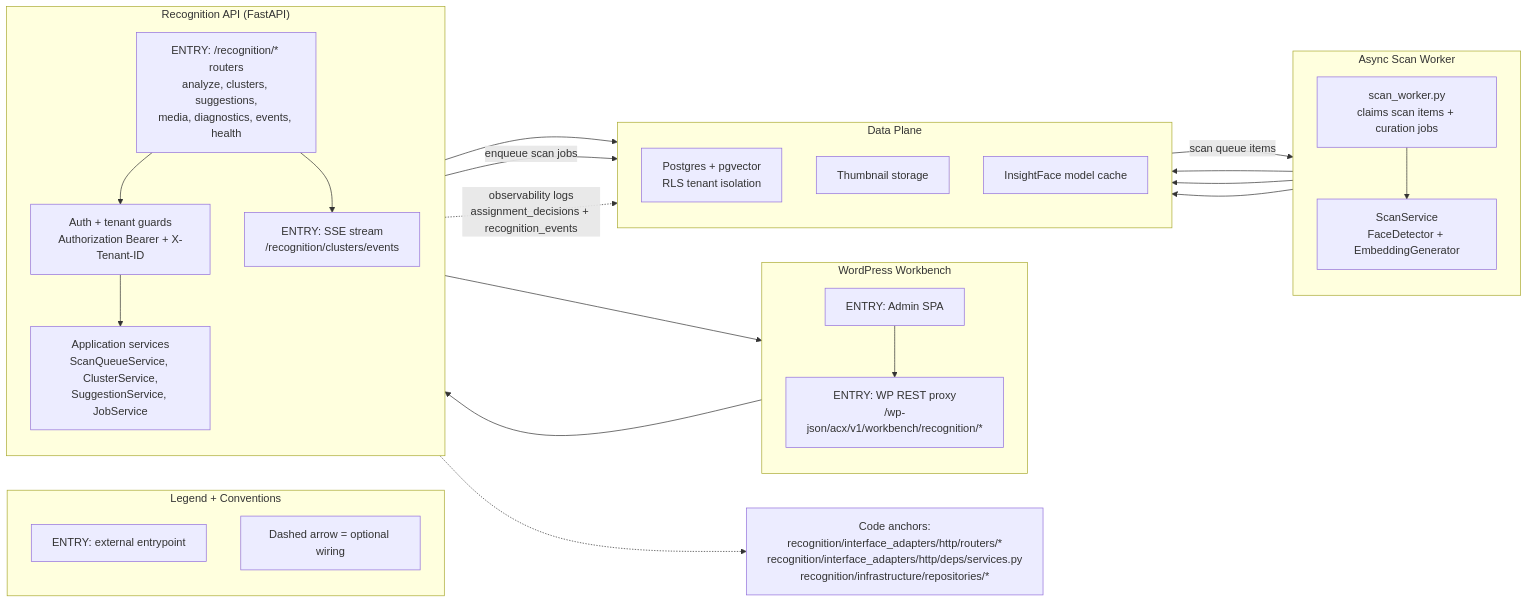
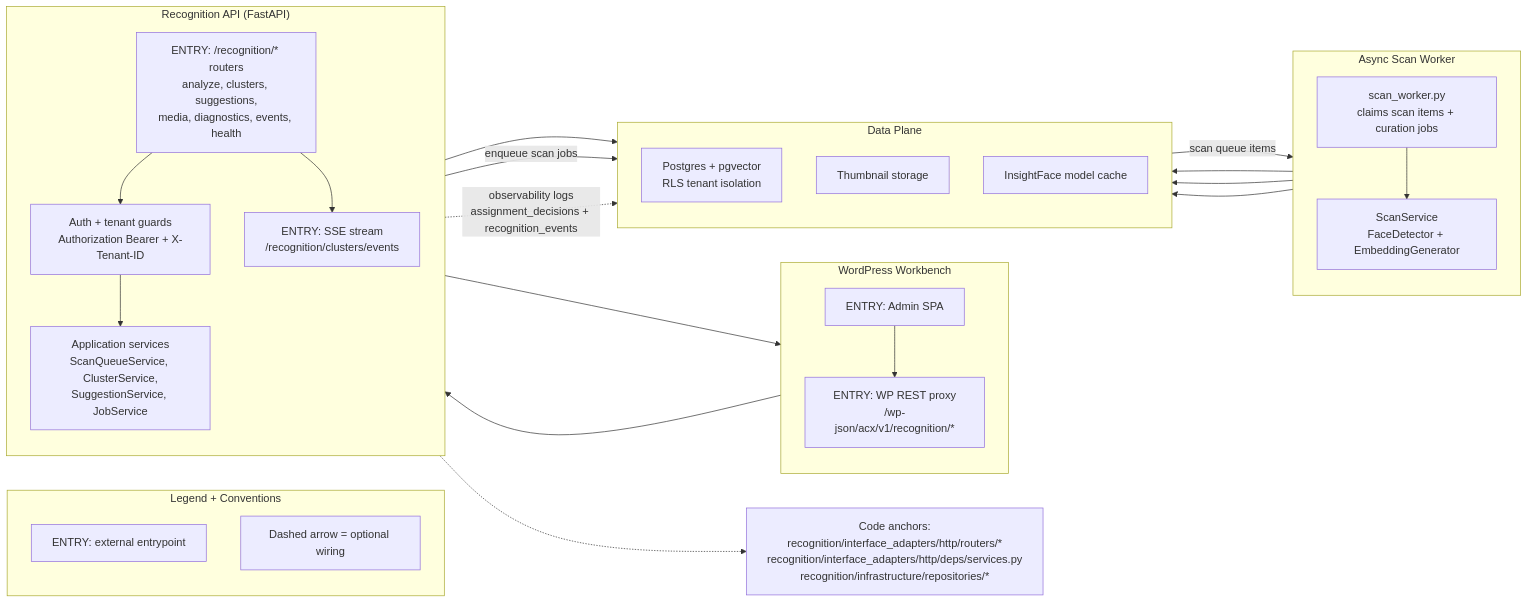
Before and after one commit to darce/context-alt-text-monorepo: the diagram in docs/agentic/diagrams/backend-uml/master.mmd, drawn with Mermaid. The commit also changed 18 other files, not shown here.

Commit message:
docs(agentic): refresh 4.10.3 docs and diagrams - update contracts, maps, and UML diagrams - add 4.10.3 task plans and cleanup notes - remove blackboard docs

```diff
--- a/docs/agentic/diagrams/backend-uml/master.mmd
+++ b/docs/agentic/diagrams/backend-uml/master.mmd
@@ -1,54 +1,54 @@
 flowchart LR
     %% ======================================================================
     %% RECOGNITION SERVICE - SYSTEM OVERVIEW
     %% Focus: Runtime components and their primary data flows
     %% ======================================================================
 
     subgraph Legend["Legend + Conventions"]
         direction TB
         LegendEntry["ENTRY: external entrypoint"]
         LegendOptional["Dashed arrow = optional wiring"]
     end
 
     subgraph Client["WordPress Workbench"]
         direction TB
         AdminUI["ENTRY: Admin SPA"]
-        WPProxy["ENTRY: WP REST proxy<br/>/wp-json/acx/v1/workbench/recognition/*"]
+        WPProxy["ENTRY: WP REST proxy<br/>/wp-json/acx/v1/recognition/*"]
     end
 
     subgraph API["Recognition API (FastAPI)"]
         direction TB
         Routers["ENTRY: /recognition/* routers<br/>analyze, clusters, suggestions,<br/>media, diagnostics, events, health"]
         Auth["Auth + tenant guards<br/>Authorization Bearer + X-Tenant-ID"]
         Services["Application services<br/>ScanQueueService, ClusterService,<br/>SuggestionService, JobService"]
         SSE["ENTRY: SSE stream<br/>/recognition/clusters/events"]
     end
 
     subgraph Worker["Async Scan Worker"]
         direction TB
         ScanWorker["scan_worker.py<br/>claims scan items + curation jobs"]
         ScanService["ScanService<br/>FaceDetector + EmbeddingGenerator"]
     end
 
     subgraph Data["Data Plane"]
         direction TB
         DB["Postgres + pgvector<br/>RLS tenant isolation"]
         Thumbs["Thumbnail storage"]
         Models["InsightFace model cache"]
     end
 
     AdminUI --> WPProxy --> Routers
     Routers --> Auth --> Services
     Services --> DB
     Routers --> SSE --> AdminUI
 
     Services -->|"enqueue scan jobs"| DB
     DB -->|"scan queue items"| ScanWorker
     ScanWorker --> ScanService --> Models
     ScanService --> DB
     ScanService --> Thumbs
 
     Services -.->|"observability logs<br/>assignment_decisions + recognition_events"| DB
 
     RouterCode["Code anchors:\nrecognition/interface_adapters/http/routers/*\nrecognition/interface_adapters/http/deps/services.py\nrecognition/infrastructure/repositories/*"]
     Routers -.-> RouterCode
```
